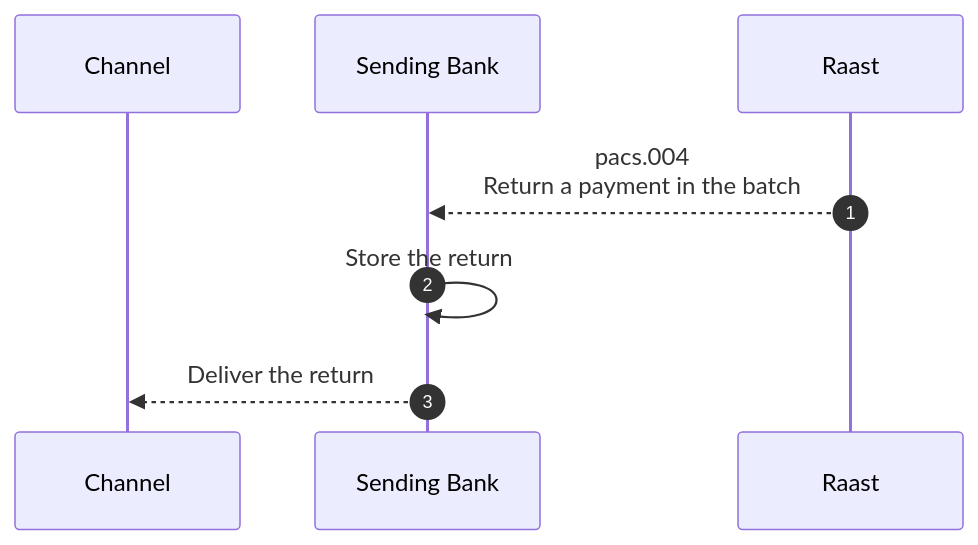
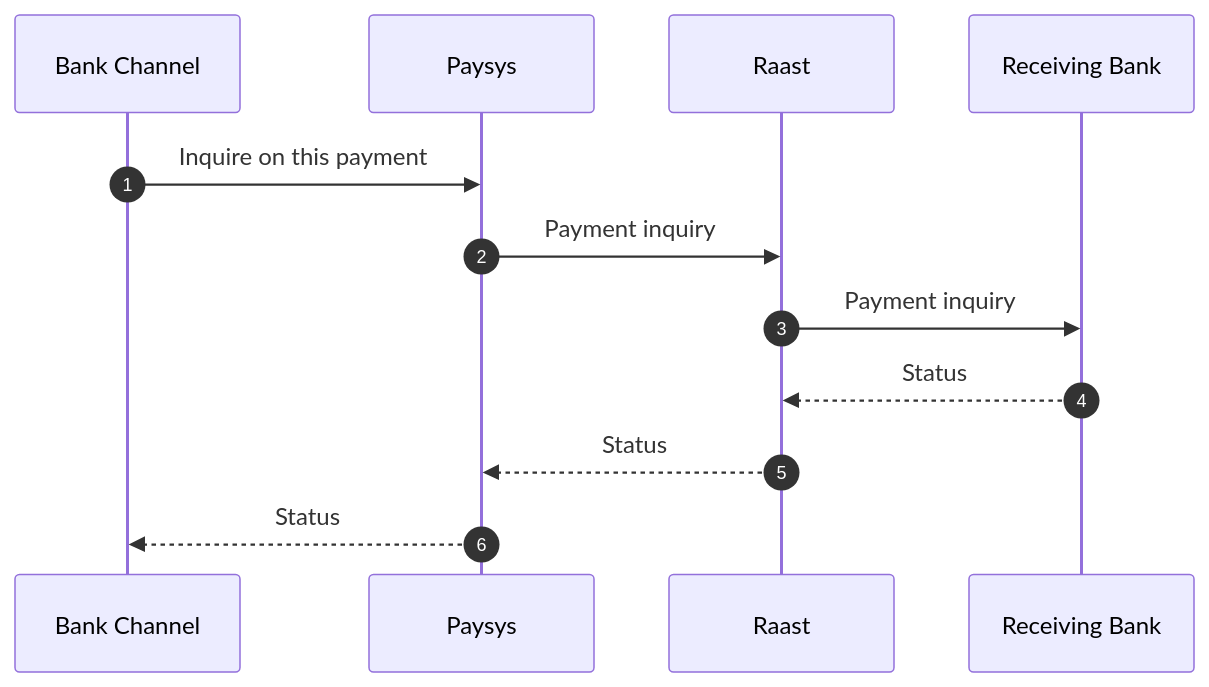
The fifth of 6 diagrams in modules/05-bulk-payments/05_Raast_Bulk_Sending_Overview.md (HuzaifaTanzeel/raast-training-public), drawn with Mermaid before and after one commit. The commit also changed other lines of this file and 2 other files, not shown here.

Commit message:
Align bulk sending with the Paysys path to Raast.

````diff
--- a/modules/05-bulk-payments/05_Raast_Bulk_Sending_Overview.md
+++ b/modules/05-bulk-payments/05_Raast_Bulk_Sending_Overview.md
@@ -121,11 +164,15 @@
 ```mermaid
 sequenceDiagram
     autonumber
-    participant C as Channel
-    participant B as Sending Bank
+    participant C as Bank Channel
+    participant P as Paysys
     participant R as Raast
+    participant BB as Receiving Bank
 
-    R-->>B: pacs.004<br/>Return a payment in the batch
-    B->>B: Store the return
-    B-->>C: Deliver the return
+    C->>P: Inquire on this payment
+    P->>R: Payment inquiry
+    R->>BB: Payment inquiry
+    BB-->>R: Status
+    R-->>P: Status
+    P-->>C: Status
 ```
````
